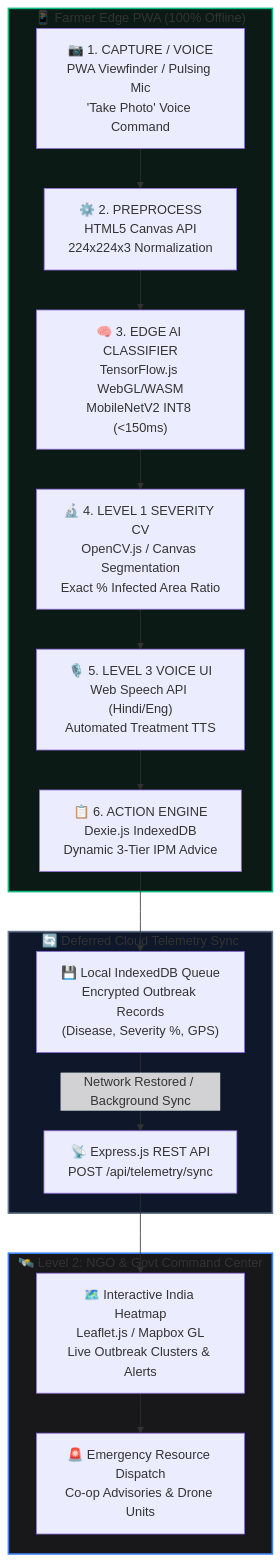
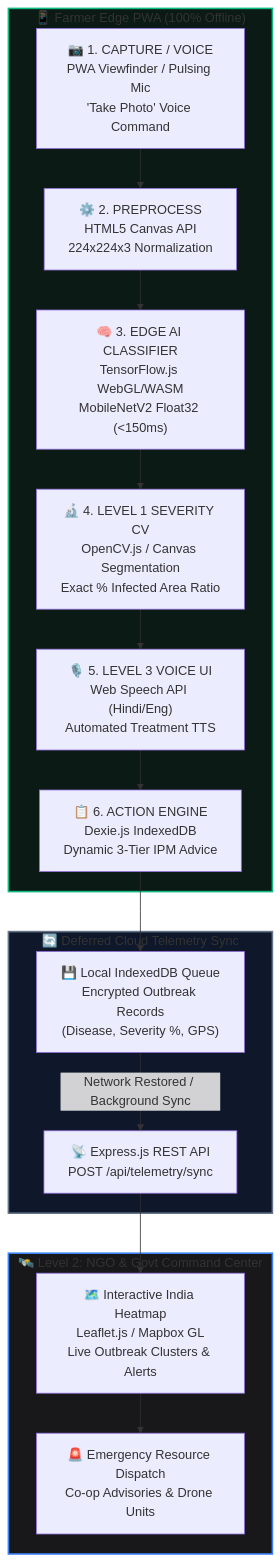
The diagram in README.md (Lakshay030105/AgriEdge), drawn with Mermaid before and after one commit. The commit also changed other lines of this file and 3 other files, not shown here.

````diff
--- a/README.md
+++ b/README.md
@@ -125,24 +130,24 @@
 ```mermaid
 flowchart TD
     subgraph Farmer_Edge_PWA["📱 Farmer Edge PWA (100% Offline)"]
         A["📷 1. CAPTURE / VOICE\nPWA Viewfinder / Pulsing Mic\n'Take Photo' Voice Command"] --> B["⚙️ 2. PREPROCESS\nHTML5 Canvas API\n224x224x3 Normalization"]
-        B --> C["🧠 3. EDGE AI CLASSIFIER\nTensorFlow.js WebGL/WASM\nMobileNetV2 INT8 (<150ms)"]
+        B --> C["🧠 3. EDGE AI CLASSIFIER\nTensorFlow.js WebGL/WASM\nMobileNetV2 Float32 (<150ms)"]
         C --> D["🔬 4. LEVEL 1 SEVERITY CV\nOpenCV.js / Canvas Segmentation\nExact % Infected Area Ratio"]
         D --> E["🎙️ 5. LEVEL 3 VOICE UI\nWeb Speech API (Hindi/Eng)\nAutomated Treatment TTS"]
         E --> F["📋 6. ACTION ENGINE\nDexie.js IndexedDB\nDynamic 3-Tier IPM Advice"]
     end
 
     subgraph Deferred_Sync_Pipeline["🔄 Deferred Cloud Telemetry Sync"]
         F --> G["💾 Local IndexedDB Queue\nEncrypted Outbreak Records\n(Disease, Severity %, GPS)"]
         G -->|Network Restored / Background Sync| H["📡 Express.js REST API\nPOST /api/telemetry/sync"]
     end
 
     subgraph NGO_Command_Center["🛰️ Level 2: NGO & Govt Command Center"]
         H --> I["🗺️ Interactive India Heatmap\nLeaflet.js / Mapbox GL\nLive Outbreak Clusters & Alerts"]
         I --> J["🚨 Emergency Resource Dispatch\nCo-op Advisories & Drone Units"]
     end
 
     style Farmer_Edge_PWA fill:#0b1a14,stroke:#10b981,stroke-width:2px;
     style Deferred_Sync_Pipeline fill:#0f172a,stroke:#64748b,stroke-width:2px;
     style NGO_Command_Center fill:#18181b,stroke:#3b82f6,stroke-width:2px;
 ```
````
